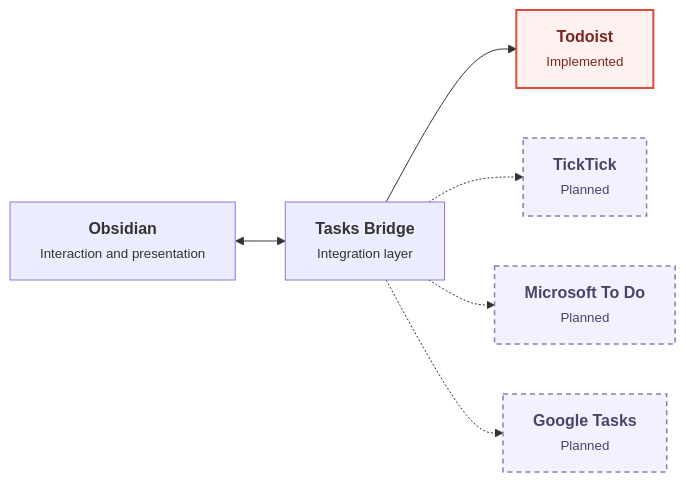
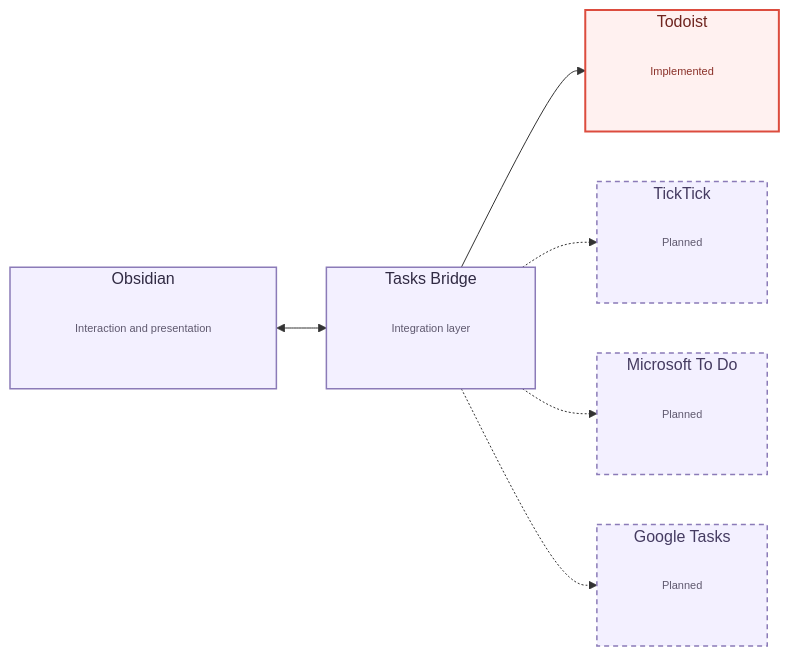
Before and after one commit to haiqiang-zhang/obsidian-tasks-bridge-plugin: the diagram in README.md, drawn with Mermaid.

Commit message:
Fix README architecture labels

````diff
--- a/README.md
+++ b/README.md
@@ -15,13 +15,39 @@
 ```mermaid
 flowchart LR
-    OBSIDIAN["<strong>Obsidian</strong><br/><small>Interaction and presentation</small>"] <--> BRIDGE["<strong>Tasks Bridge</strong><br/><small>Integration layer</small>"]
-    BRIDGE --> TODOIST["<strong>Todoist</strong><br/><small>Implemented</small>"]
-    BRIDGE -.-> TICKTICK["<strong>TickTick</strong><br/><small>Planned</small>"]
-    BRIDGE -.-> MICROSOFT_TODO["<strong>Microsoft To Do</strong><br/><small>Planned</small>"]
-    BRIDGE -.-> GOOGLE_TASKS["<strong>Google Tasks</strong><br/><small>Planned</small>"]
+    subgraph OBSIDIAN["Obsidian"]
+        OBSIDIAN_DETAIL["Interaction and presentation"]
+    end
+    subgraph BRIDGE["Tasks Bridge"]
+        BRIDGE_DETAIL["Integration layer"]
+    end
+    subgraph TODOIST["Todoist"]
+        TODOIST_DETAIL["Implemented"]
+    end
+    subgraph TICKTICK["TickTick"]
+        TICKTICK_DETAIL["Planned"]
+    end
+    subgraph MICROSOFT_TODO["Microsoft To Do"]
+        MICROSOFT_TODO_DETAIL["Planned"]
+    end
+    subgraph GOOGLE_TASKS["Google Tasks"]
+        GOOGLE_TASKS_DETAIL["Planned"]
+    end
 
-    classDef implemented fill:#fff1f0,stroke:#dc4c3e,color:#7a271f,stroke-width:2px
-    classDef planned fill:#f3f0ff,stroke:#8b7bb8,color:#4d4268,stroke-width:1.5px,stroke-dasharray:5 4
-    class TODOIST implemented
-    class TICKTICK,MICROSOFT_TODO,GOOGLE_TASKS planned
+    OBSIDIAN <--> BRIDGE
+    BRIDGE --> TODOIST
+    BRIDGE -.-> TICKTICK
+    BRIDGE -.-> MICROSOFT_TODO
+    BRIDGE -.-> GOOGLE_TASKS
+
+    classDef description fill:transparent,stroke:transparent,color:#5f596f,font-size:11px,font-weight:400
+    classDef implementedDescription fill:transparent,stroke:transparent,color:#8a3028,font-size:11px,font-weight:400
+    class OBSIDIAN_DETAIL,BRIDGE_DETAIL,TICKTICK_DETAIL,MICROSOFT_TODO_DETAIL,GOOGLE_TASKS_DETAIL description
+    class TODOIST_DETAIL implementedDescription
+
+    style OBSIDIAN fill:#f3f0ff,stroke:#8b7bb8,color:#302a43,stroke-width:1.5px,font-size:16px
+    style BRIDGE fill:#f3f0ff,stroke:#8b7bb8,color:#302a43,stroke-width:1.5px,font-size:16px
+    style TODOIST fill:#fff1f0,stroke:#dc4c3e,color:#70251f,stroke-width:2px,font-size:16px
+    style TICKTICK fill:#f3f0ff,stroke:#8b7bb8,color:#453b61,stroke-width:1.5px,stroke-dasharray:5 4,font-size:16px
+    style MICROSOFT_TODO fill:#f3f0ff,stroke:#8b7bb8,color:#453b61,stroke-width:1.5px,stroke-dasharray:5 4,font-size:16px
+    style GOOGLE_TASKS fill:#f3f0ff,stroke:#8b7bb8,color:#453b61,stroke-width:1.5px,stroke-dasharray:5 4,font-size:16px
 ```
````
